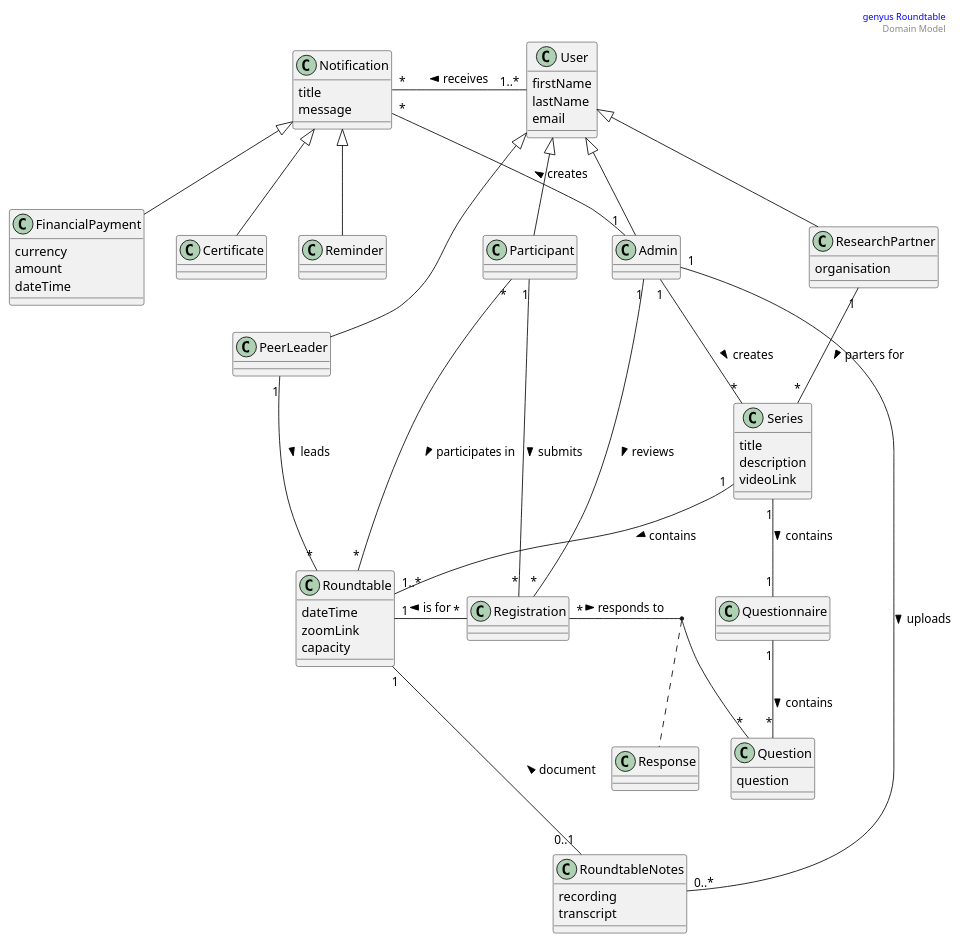
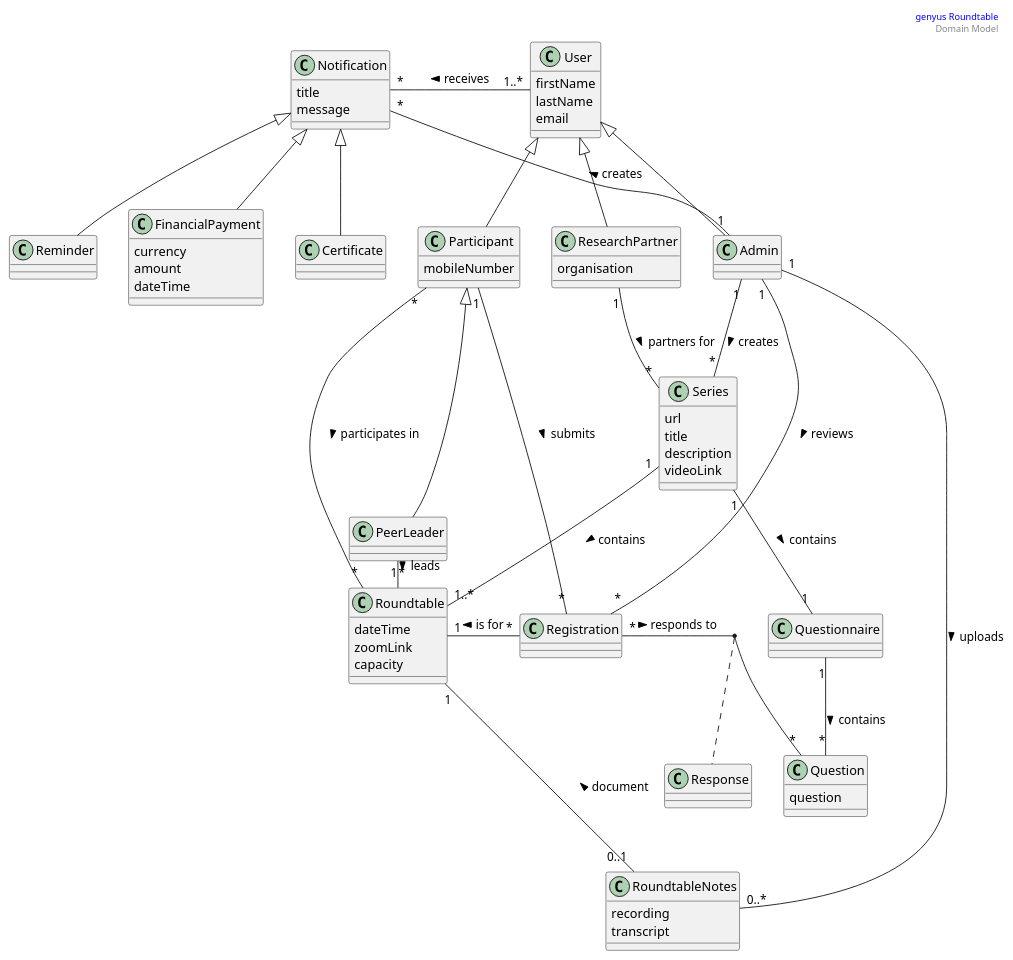
One commit to TEANTEAN/TEANTEAN changed the diagram in docs/Architecture/domainModel.puml. Above: the diagram before and after it, drawn with PlantUML.

Commit message:
Update domain model diagram

```diff
--- a/docs/Architecture/domainModel.puml
+++ b/docs/Architecture/domainModel.puml
@@ -1,97 +1,99 @@
 @startuml
 
 right header
 <font color=blue>genyus Roundtable</font>
 Domain Model
 endheader
 
 class User {
   firstName
   lastName
   email
 }
 
 class Admin {
 }
 
 class PeerLeader {
 }
 
 class ResearchPartner {
   organisation
 }
 
 class Participant {
+  mobileNumber
 }
 
 class Series {
+  url
   title
   description
   videoLink
 }
 
 class Roundtable {
   dateTime
   zoomLink
   capacity
 }
 
 class RoundtableNotes {
   recording
   transcript
 }
 
 class Registration {
 }
 
 class Notification {
   title
   message
 }
 
 class Questionnaire {
 }
 
 class Question {
   question
 }
 
 class Reminder {
 }
 
 class FinancialPayment {
   currency
   amount
   dateTime
 }
 
 class Certificate {
 }
 
 Reminder -up-|> Notification
 FinancialPayment -up-|> Notification
 Certificate -up-|> Notification
 
 ResearchPartner -up-|> User
 Admin -up-|> User
 Participant -up-|> User
-PeerLeader -up-|> User
+PeerLeader -up-|> Participant
 
 Admin "1" -down- "*" Series: creates >
-ResearchPartner "1" -down- "*" Series: parters for >
+ResearchPartner "1" -down- "*" Series: partners for >
 Participant "*" -down-- "*" Roundtable: participates in >
 Participant "1" - "*" Registration: submits >
 Roundtable "1" - "*" Registration: is for <
 PeerLeader "1" - "*" Roundtable: leads >
 Admin "1" - "*" Notification: creates >
 Admin "1" - "*" Registration: reviews >
 User "1..*" -left- "*" Notification: receives >
 Roundtable "1" --down- "0..1" RoundtableNotes: document < 
 Series "1" -down- "1..*" Roundtable: contains >
 Questionnaire "1" -down- "*" Question: contains >
 Series "1" -down- "1" Questionnaire: contains >
 Registration "*" - "*" Question: responds to >
 (Question, Registration) .. Response
 Admin "1" - "0..*" RoundtableNotes: uploads >
 
 @enduml
```
